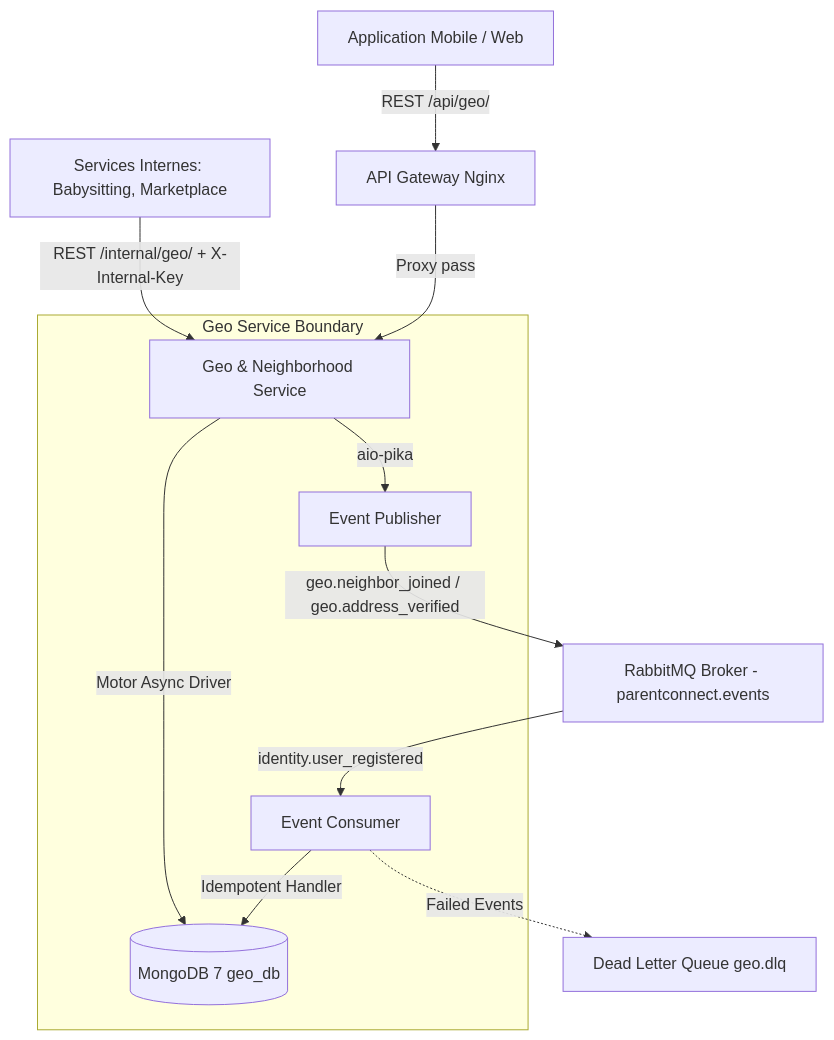
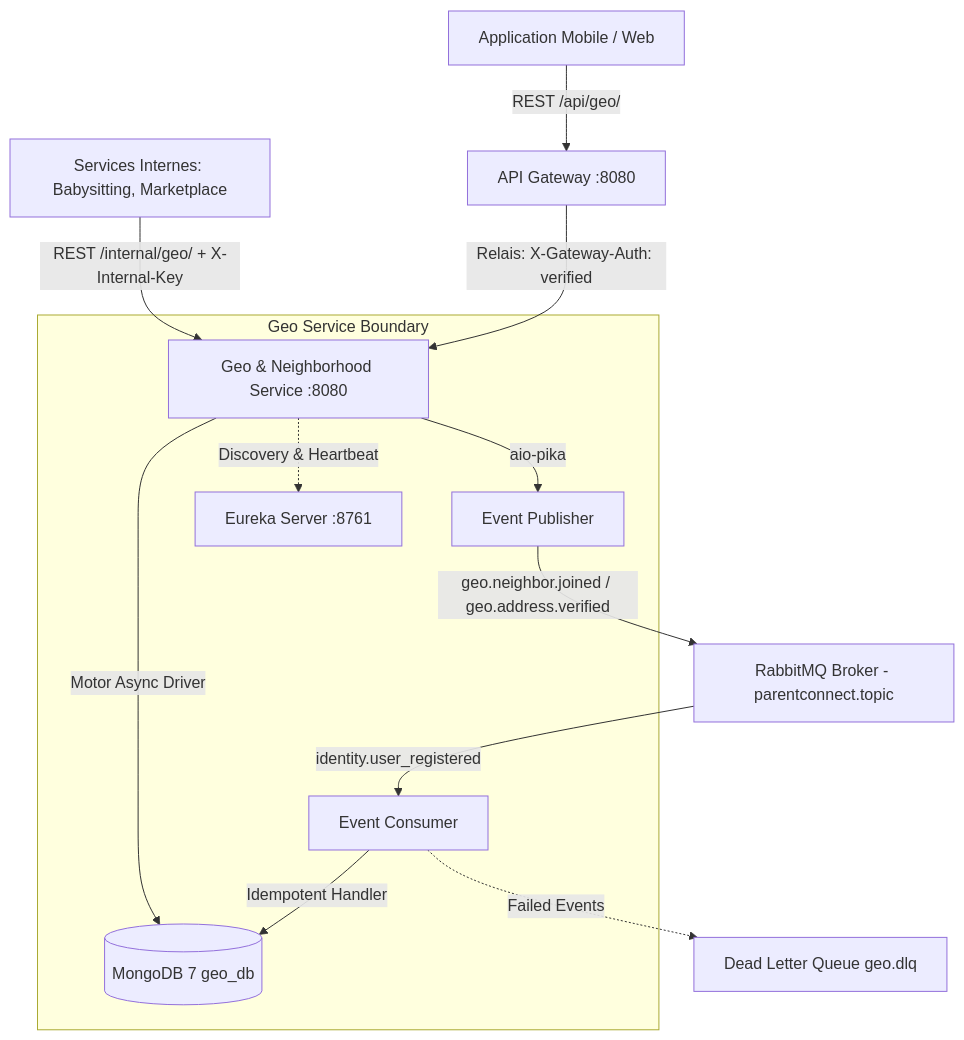
Before and after one commit to FarahZekri11/ParentConnect: the diagram in geo-service/README.md, drawn with Mermaid. The commit also changed other lines of this file and 17 other files, not shown here.

Commit message:
feat(geo-service): Standardize for team integration (port 8080, Keycloak RS256, Gateway Relay, Eureka PARENTCONNECT-GEO-SERVICE, RabbitMQ parentconnect.topic)

````diff
--- a/geo-service/README.md
+++ b/geo-service/README.md
@@ -9,18 +21,19 @@
 ```mermaid
 graph TD
-    Client[Application Mobile / Web] -->|REST /api/geo/| Nginx[API Gateway Nginx]
+    Client[Application Mobile / Web] -->|REST /api/geo/| Gateway[API Gateway :8080]
     OtherServices[Services Internes: Babysitting, Marketplace] -->|REST /internal/geo/ + X-Internal-Key| GeoService
 
-    Nginx -->|Proxy pass| GeoService[Geo & Neighborhood Service]
+    Gateway -->|Relais: X-Gateway-Auth: verified| GeoService[Geo & Neighborhood Service :8080]
 
     subgraph "Geo Service Boundary"
         GeoService -->|Motor Async Driver| GeoMongo[(MongoDB 7 geo_db)]
         GeoService -->|aio-pika| RMQPublisher[Event Publisher]
         RMQConsumer[Event Consumer] -->|Idempotent Handler| GeoMongo
+        GeoService -.->|Discovery & Heartbeat| Eureka[Eureka Server :8761]
     end
 
-    RMQ[RabbitMQ Broker - parentconnect.events]
-    RMQPublisher -->|geo.neighbor_joined / geo.address_verified| RMQ
+    RMQ[RabbitMQ Broker - parentconnect.topic]
+    RMQPublisher -->|geo.neighbor.joined / geo.address.verified| RMQ
     RMQ -->|identity.user_registered| RMQConsumer
     RMQConsumer -.->|Failed Events| DLQ[Dead Letter Queue geo.dlq]
 ```
````
